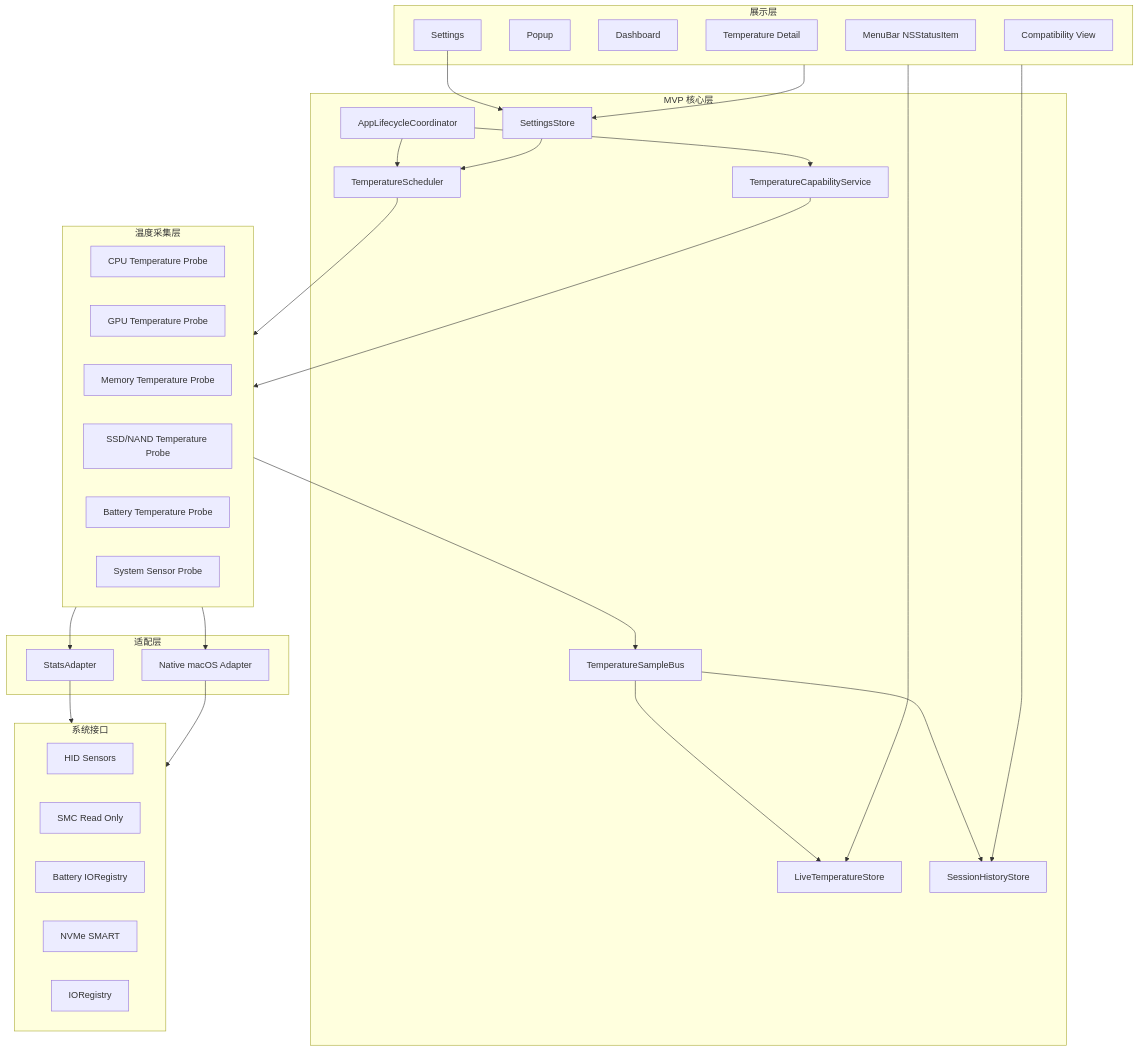
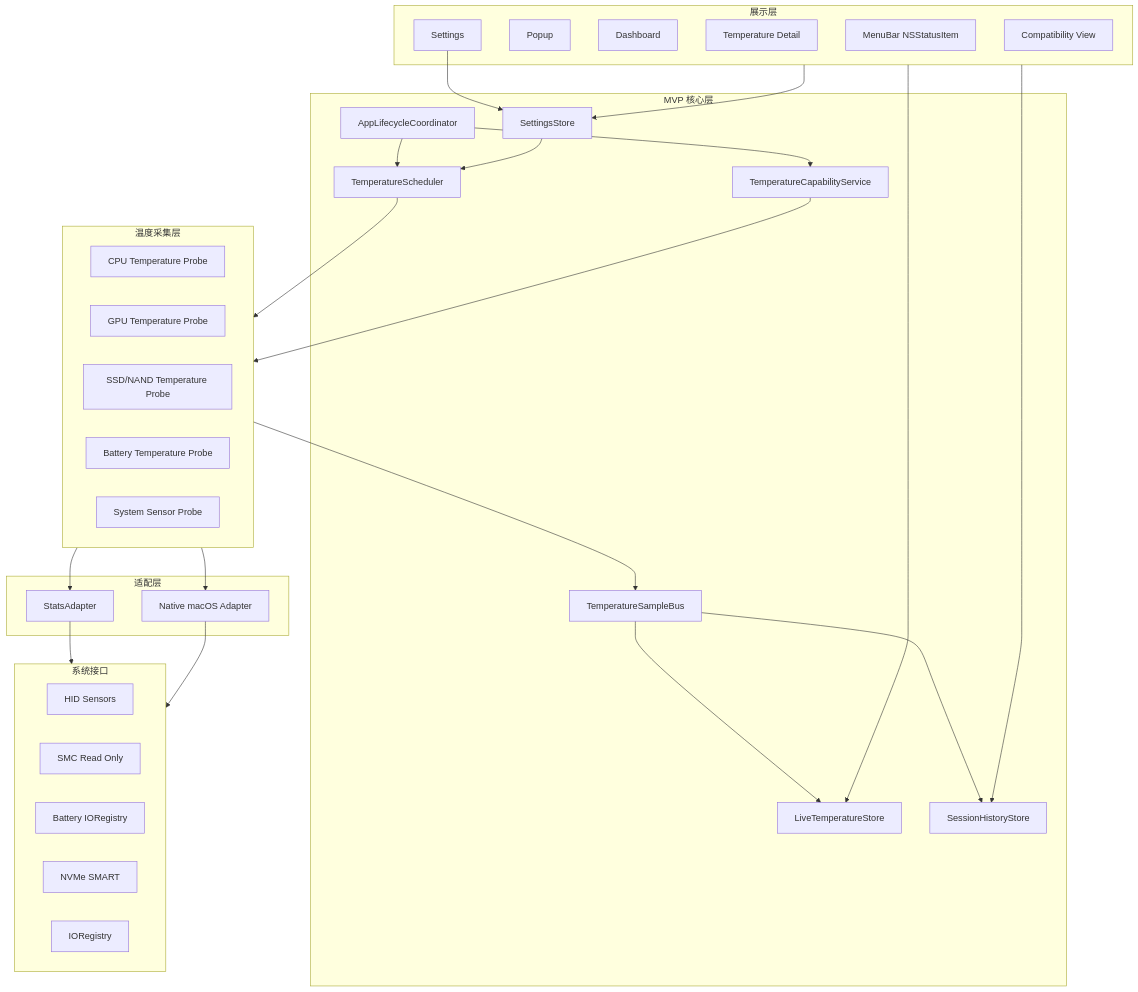
The first of 2 diagrams in docs/origin/MacWatch_技术架构文档.md (CaiJichang212/MacWatch), drawn with Mermaid before and after one commit. The commit also changed other lines of this file and 5 other files, not shown here.

````diff
--- a/docs/origin/MacWatch_技术架构文档.md
+++ b/docs/origin/MacWatch_技术架构文档.md
@@ -183,60 +183,59 @@
 ```mermaid
 flowchart TB
     subgraph UI[展示层]
         MenuBar[MenuBar NSStatusItem]
         Popup[Popup]
         Dashboard[Dashboard]
         Detail[Temperature Detail]
         Settings[Settings]
         Compatibility[Compatibility View]
     end
 
     subgraph Core[MVP 核心层]
         AppLifecycle[AppLifecycleCoordinator]
         CapabilityService[TemperatureCapabilityService]
         Scheduler[TemperatureScheduler]
         SampleBus[TemperatureSampleBus]
         LiveStore[LiveTemperatureStore]
         SessionStore[SessionHistoryStore]
         SettingsStore[SettingsStore]
     end
 
     subgraph Probes[温度采集层]
         CPUProbe[CPU Temperature Probe]
         GPUProbe[GPU Temperature Probe]
-        MemoryProbe[Memory Temperature Probe]
         SSDProbe[SSD/NAND Temperature Probe]
         BatteryProbe[Battery Temperature Probe]
         SystemProbe[System Sensor Probe]
     end
 
     subgraph Adapter[适配层]
         StatsAdapter[StatsAdapter]
         NativeAdapter[Native macOS Adapter]
     end
 
     subgraph System[系统接口]
         HID[HID Sensors]
         SMC[SMC Read Only]
         BatteryIO[Battery IORegistry]
         SMART[NVMe SMART]
         IORegistry[IORegistry]
     end
 
     UI --> LiveStore
     UI --> SessionStore
     UI --> SettingsStore
     AppLifecycle --> CapabilityService
     AppLifecycle --> Scheduler
     Settings --> SettingsStore
     SettingsStore --> Scheduler
     Scheduler --> Probes
     Probes --> StatsAdapter
     Probes --> NativeAdapter
     StatsAdapter --> System
     NativeAdapter --> System
     CapabilityService --> Probes
     Probes --> SampleBus
     SampleBus --> LiveStore
     SampleBus --> SessionStore
 ```
````
